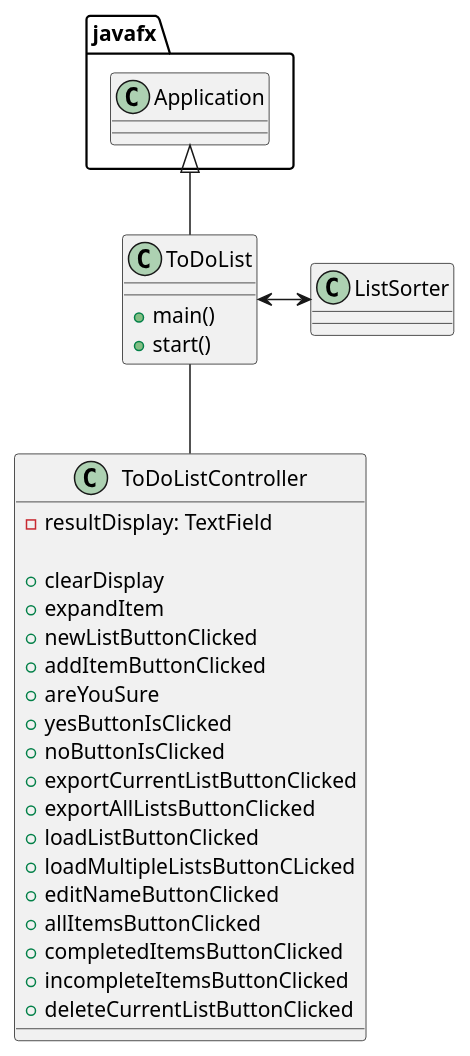
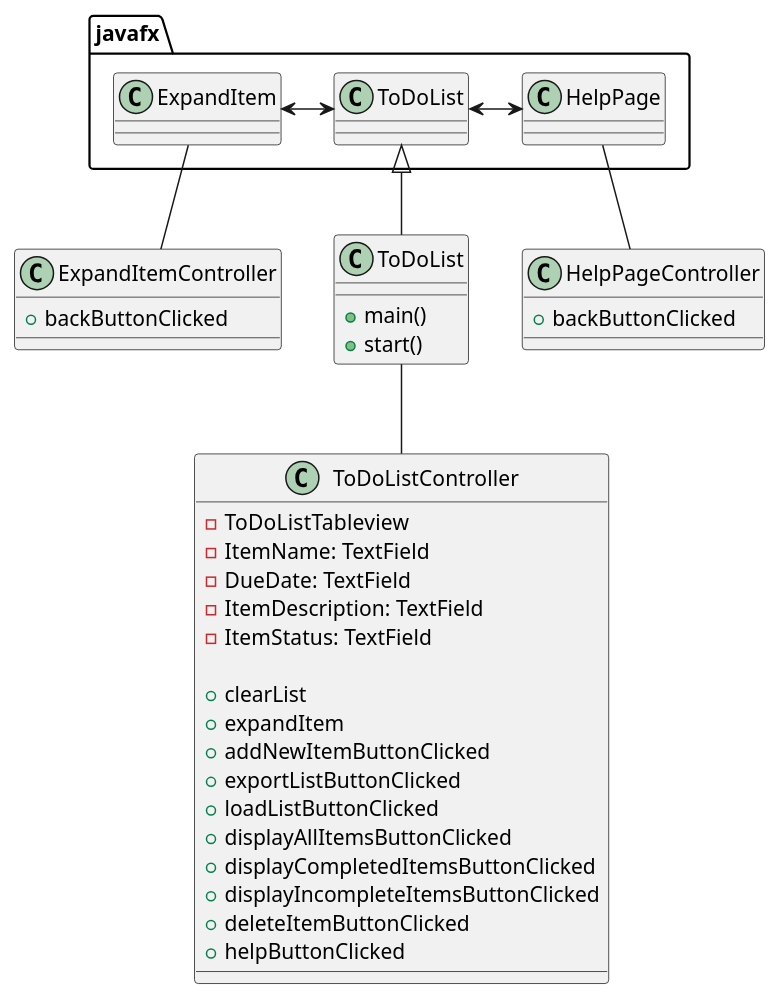
Before and after one commit to cepedaj0601/cepeda-cop3330-assignment4part2: the diagram in uml/To Do List.puml, drawn with PlantUML. The commit also changed 6 other files, not shown here.

Commit message:
Updated UML commit

```diff
--- a/uml/To Do List.puml
+++ b/uml/To Do List.puml
@@ -1,39 +1,46 @@
 @startuml
 'https://plantuml.com/class-diagram
 
 class ToDoList{
     + main()
     + start()
 }
 
-class ToDoListController{
-    - resultDisplay: TextField
-
-    + clearDisplay
-    + expandItem
-    + newListButtonClicked
-    + addItemButtonClicked
-    + areYouSure
-    + yesButtonIsClicked
-    + noButtonIsClicked
-    + exportCurrentListButtonClicked
-    + exportAllListsButtonClicked
-    + loadListButtonClicked
-    + loadMultipleListsButtonCLicked
-    + editNameButtonClicked
-    + allItemsButtonClicked
-    + completedItemsButtonClicked
-    + incompleteItemsButtonClicked
-    + deleteCurrentListButtonClicked
+class HelpPageController {
+    + backButtonClicked
 }
 
-class ListSorter {
-
+class ExpandItemController {
+    + backButtonClicked
 }
 
-javafx.Application <|-- ToDoList
+class ToDoListController{
+    - ToDoListTableview
+    - ItemName: TextField
+    - DueDate: TextField
+    - ItemDescription: TextField
+    - ItemStatus: TextField
 
-ToDoList <-> ListSorter
+    + clearList
+    + expandItem
+    + addNewItemButtonClicked
+    + exportListButtonClicked
+    + loadListButtonClicked
+    + displayAllItemsButtonClicked
+    + displayCompletedItemsButtonClicked
+    + displayIncompleteItemsButtonClicked
+    + deleteItemButtonClicked
+    + helpButtonClicked
+}
+
+
+
+javafx.ToDoList <-> javafx.HelpPage
+javafx.ExpandItem <-> javafx.ToDoList
+javafx.ToDoList <|-- ToDoList
+javafx.HelpPage -- HelpPageController
+javafx.ExpandItem -- ExpandItemController
+
 ToDoList -- ToDoListController
 
 @enduml
```
